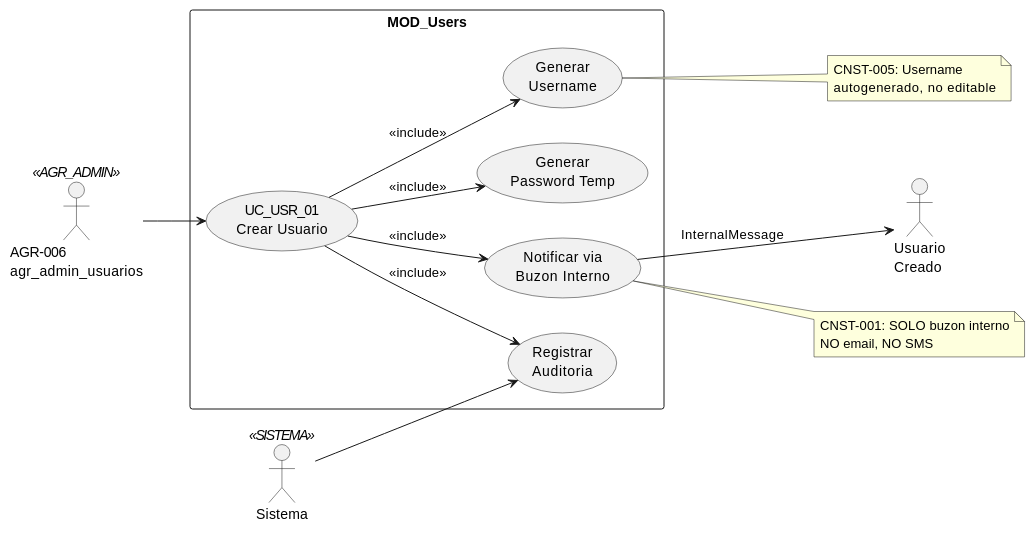
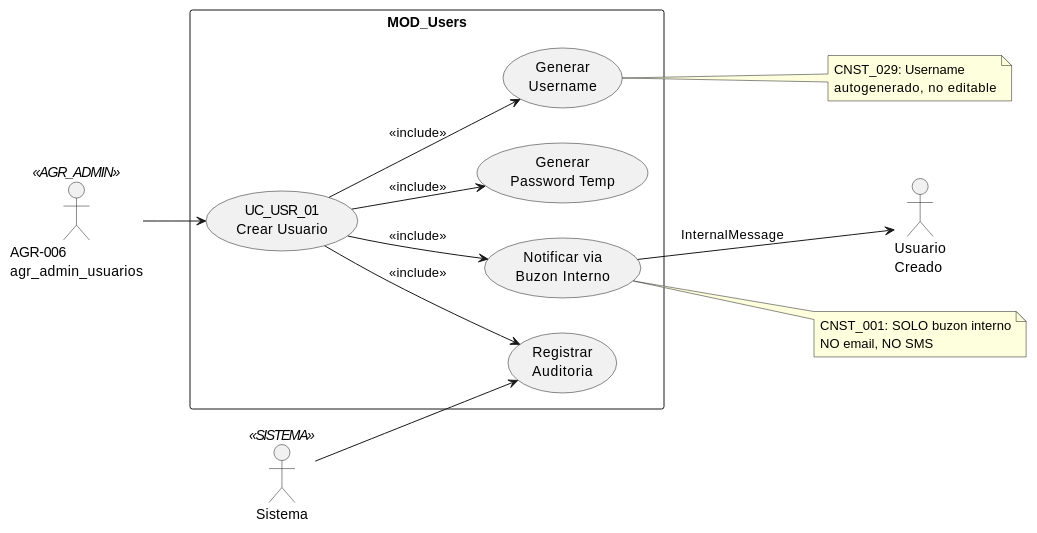
The first of 3 diagrams in source/requisitos/casos_uso/users/UC_USR_01_Crear_Usuario.rst (jcg-admin/IACT-docs), drawn with PlantUML before and after one commit. The commit also changed other lines of this file and 67 other files, not shown here.

```diff
--- a/source/requisitos/casos_uso/users/UC_USR_01_Crear_Usuario.rst
+++ b/source/requisitos/casos_uso/users/UC_USR_01_Crear_Usuario.rst
@@ -67,38 +67,38 @@
 .. uml::
    :caption: Diagrama de Caso de Uso - UC_USR_01
 
    @startuml
 
    left to right direction
 
    actor "AGR-006\nagr_admin_usuarios" as ADMIN <<AGR_ADMIN>>
    actor "Usuario\nCreado" as USER
    actor "Sistema" as SYS <<SISTEMA>>
 
    rectangle "MOD_Users" {
      usecase "UC_USR_01\nCrear Usuario" as UC01
      usecase "Generar\nUsername" as GEN
      usecase "Generar\nPassword Temp" as PWD
      usecase "Notificar via\nBuzon Interno" as NOT
      usecase "Registrar\nAuditoria" as AUD
    }
 
    ADMIN --> UC01
    UC01 --> GEN : <<include>>
    UC01 --> PWD : <<include>>
    UC01 --> NOT : <<include>>
    UC01 --> AUD : <<include>>
    NOT --> USER : InternalMessage
    SYS --> AUD
 
    note right of GEN
-     CNST-005: Username
+     CNST_029: Username
      autogenerado, no editable
    end note
 
    note right of NOT
-     CNST-001: SOLO buzon interno
+     CNST_001: SOLO buzon interno
      NO email, NO SMS
    end note
 
    @enduml
```
